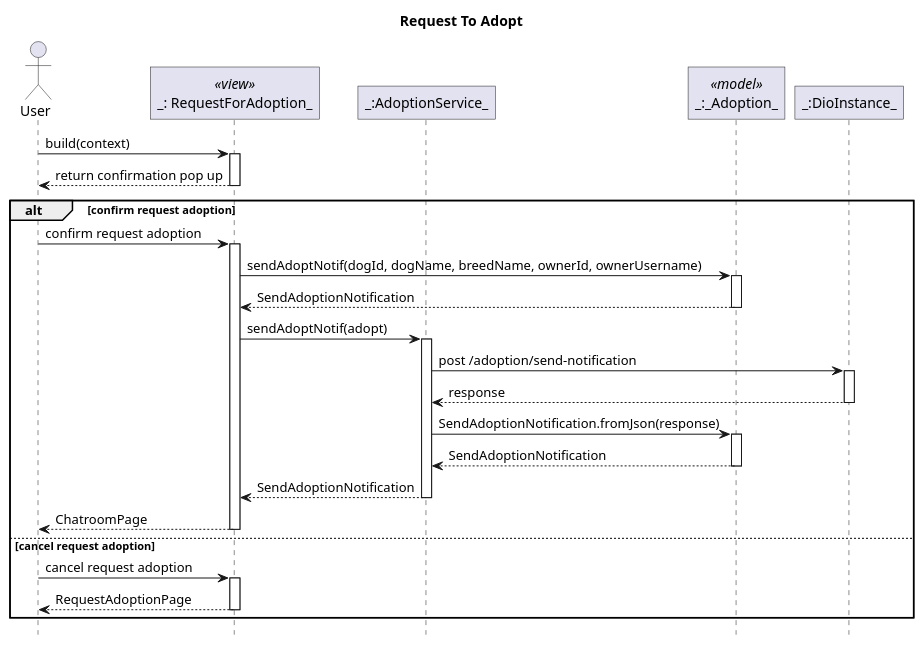
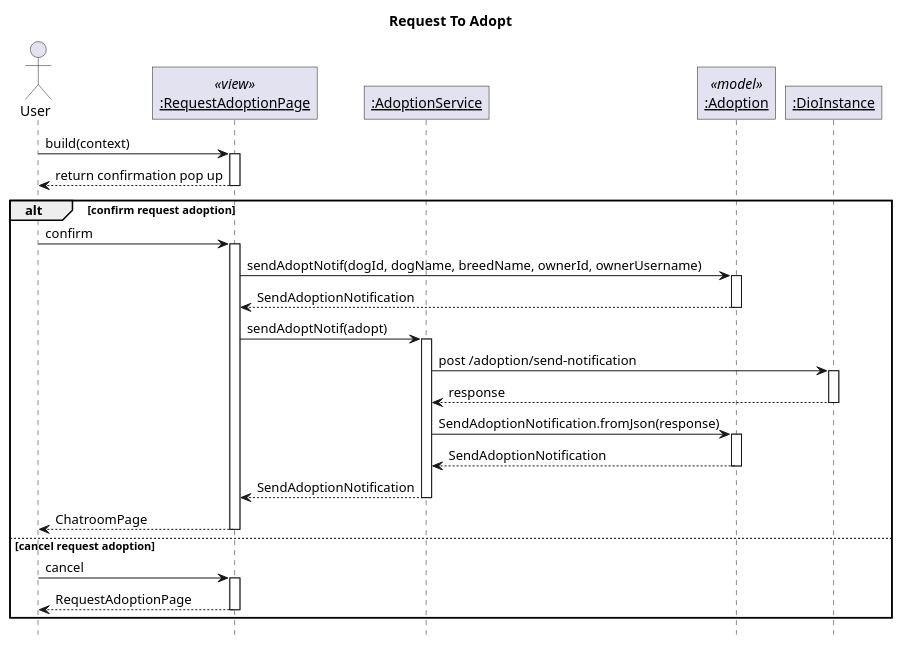
One commit to sharoncedila/FO_woofers changed the diagram in lib/plantuml/adoption/request to adopt.puml. Above: the diagram before and after it, drawn with PlantUML. The commit also changed 30 other files, not shown here.

Commit message:
added all sequence diagram

```diff
--- a/lib/plantuml/adoption/request to adopt.puml
+++ b/lib/plantuml/adoption/request to adopt.puml
@@ -1,37 +1,37 @@
 @startuml RequestToAdopt
 ' Global param
 title  Request To Adopt
 autoactivate on
 
 ' Global style configuration
 skinparam RoundCorner 0
 hide footbox
 
 ' Sequence participant configuration
 actor User
-participant "_: RequestForAdoption_" as  Page <<view>>
-participant "_:AdoptionService_" as Service
-participant "_:_Adoption_" as Model <<model>>
-participant "_:DioInstance_" as Dio
+participant "__:RequestAdoptionPage__" as  Page <<view>>
+participant "__:AdoptionService__" as Service
+participant "__:Adoption__" as Model <<model>>
+participant "__:DioInstance__" as Dio
 
 
 ' Sequence diagram
 User -> Page: build(context)
 User <-- Page: return confirmation pop up
 alt confirm request adoption
-User -> Page: confirm request adoption
+User -> Page: confirm
 Page -> Model: sendAdoptNotif(dogId, dogName, breedName, ownerId, ownerUsername)
 Page <-- Model: SendAdoptionNotification
 Page -> Service: sendAdoptNotif(adopt)
 Service -> Dio: post /adoption/send-notification
 Service <-- Dio: response
 Service -> Model: SendAdoptionNotification.fromJson(response)
 Service <-- Model: SendAdoptionNotification
 Page <-- Service: SendAdoptionNotification
 User <-- Page: ChatroomPage
 else cancel request adoption
-User -> Page: cancel request adoption
+User -> Page: cancel
 User <-- Page: RequestAdoptionPage
 end
 
 @enduml
```
